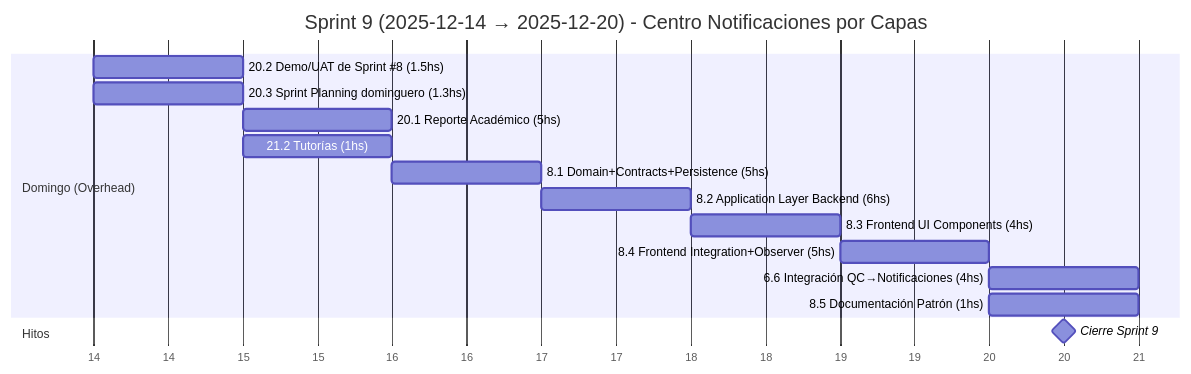
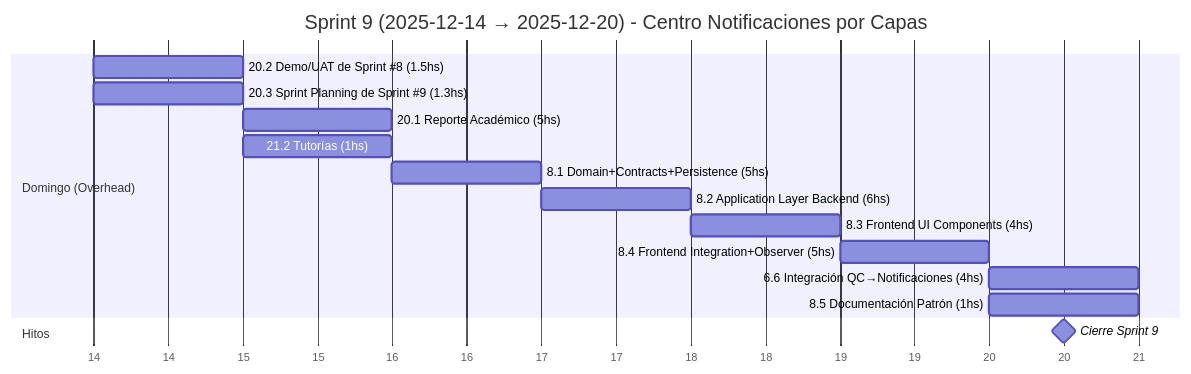
One commit to MarkMed/FleetMan changed the tenth of 19 diagrams in docs/SprintsGantts.md. Above: the diagram before and after it, drawn with Mermaid. The commit also changed other lines of this file and 2 other files, not shown here.

Commit message:
feat: Update Sprint Planning references to include specific sprint numbers

````diff
--- a/docs/SprintsGantts.md
+++ b/docs/SprintsGantts.md
@@ -287,24 +287,24 @@
 ```mermaid
 gantt
   title Sprint 9 (2025-12-14 → 2025-12-20) - Centro Notificaciones por Capas
   dateFormat  YYYY-MM-DD
   axisFormat  %d
 
   %% Asumimos 5 h/día. Horas estimadas incluidas en el nombre.
   %% Sprint enfocado 100% en sistema de notificaciones con arquitectura por capas
 
   section Domingo (Overhead)
   20.2 Demo/UAT de Sprint #8 (1.5hs)           :t202, 2025-12-14, 1d
-  20.3 Sprint Planning dominguero (1.3hs)      :t203, 2025-12-14, 1d
+  20.3 Sprint Planning de Sprint #9 (1.3hs)      :t203, 2025-12-14, 1d
   20.1 Reporte Académico (5hs)                 :t201, 2025-12-15, 1d
   21.2 Tutorías (1hs)                          :t212, 2025-12-15, 1d
   8.1 Domain+Contracts+Persistence (5hs)       :t81, 2025-12-16, 1d
   8.2 Application Layer Backend (6hs)          :t82, after t81, 1d
   8.3 Frontend UI Components (4hs)             :t83, after t82, 1d
   8.4 Frontend Integration+Observer (5hs)      :t84, after t83, 1d
   6.6 Integración QC→Notificaciones (4hs)      :t66, after t84, 1d
   8.5 Documentación Patrón (1hs)               :t85, after t84, 1d
 
   section Hitos
   Cierre Sprint 9                              :milestone, s9, 2025-12-20, 1d
 ```
````
